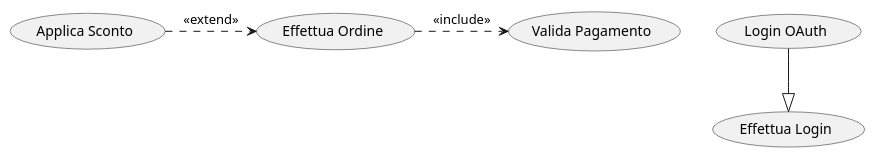
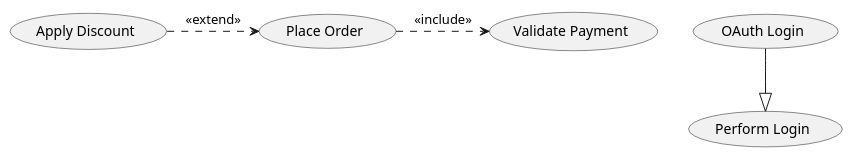
One commit to Seniorsimo/sas-template changed diagram 15 of 21 in 03-behavioral-diagrams/use-case-diagrams/README.md. Above: the diagram before and after it, drawn with PlantUML. The commit also changed other lines of this file and 49 other files, not shown here.

````diff
--- a/03-behavioral-diagrams/use-case-diagrams/README.md
+++ b/03-behavioral-diagrams/use-case-diagrams/README.md
@@ -214,10 +214,10 @@
 ```plantuml
-' ✅ Include per funzionalità sempre richieste
-(Effettua Ordine) .> (Valida Pagamento) : <<include>>
+' ✅ Include for always required functionality
+(Place Order) .> (Validate Payment) : <<include>>
 
-' ✅ Extend per variazioni opzionali
-(Applica Sconto) .> (Effettua Ordine) : <<extend>>
+' ✅ Extend for optional variations
+(Apply Discount) .> (Place Order) : <<extend>>
 
-' ✅ Generalizzazione per specializzazioni
-(Login OAuth) --|> (Effettua Login)
+' ✅ Generalization for specializations
+(OAuth Login) --|> (Perform Login)
 ```
````
